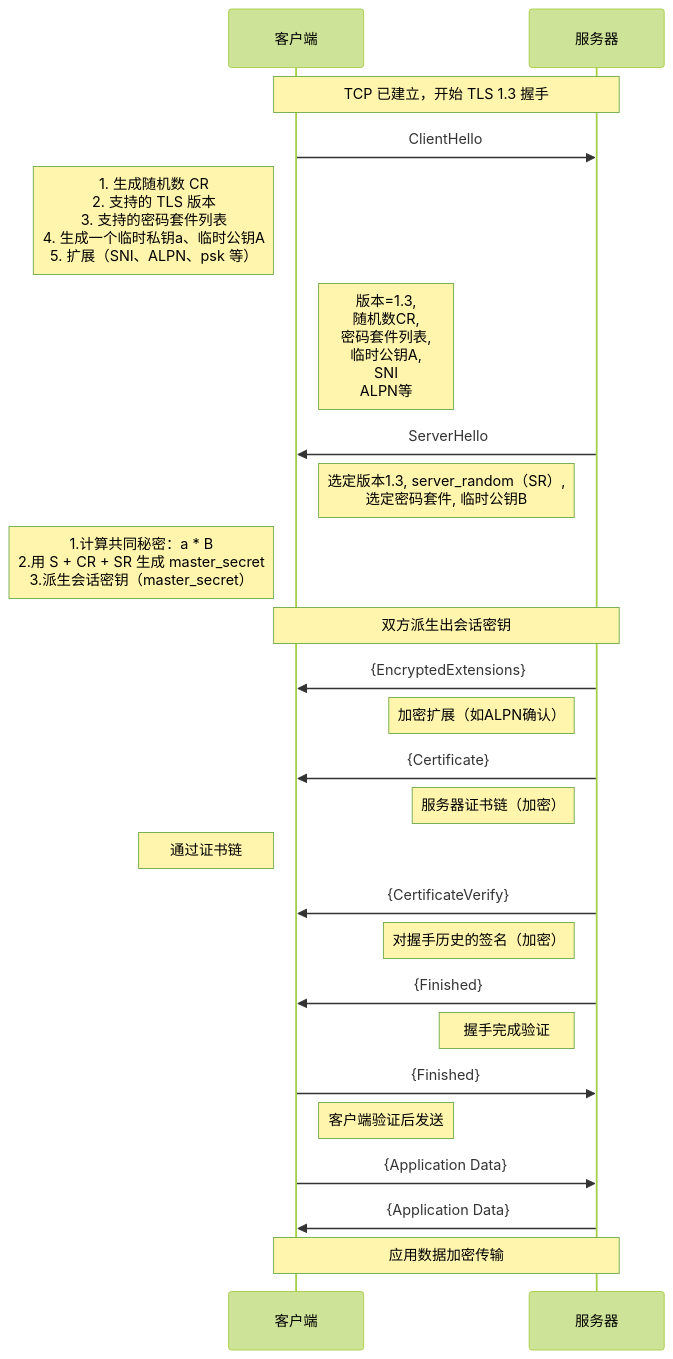
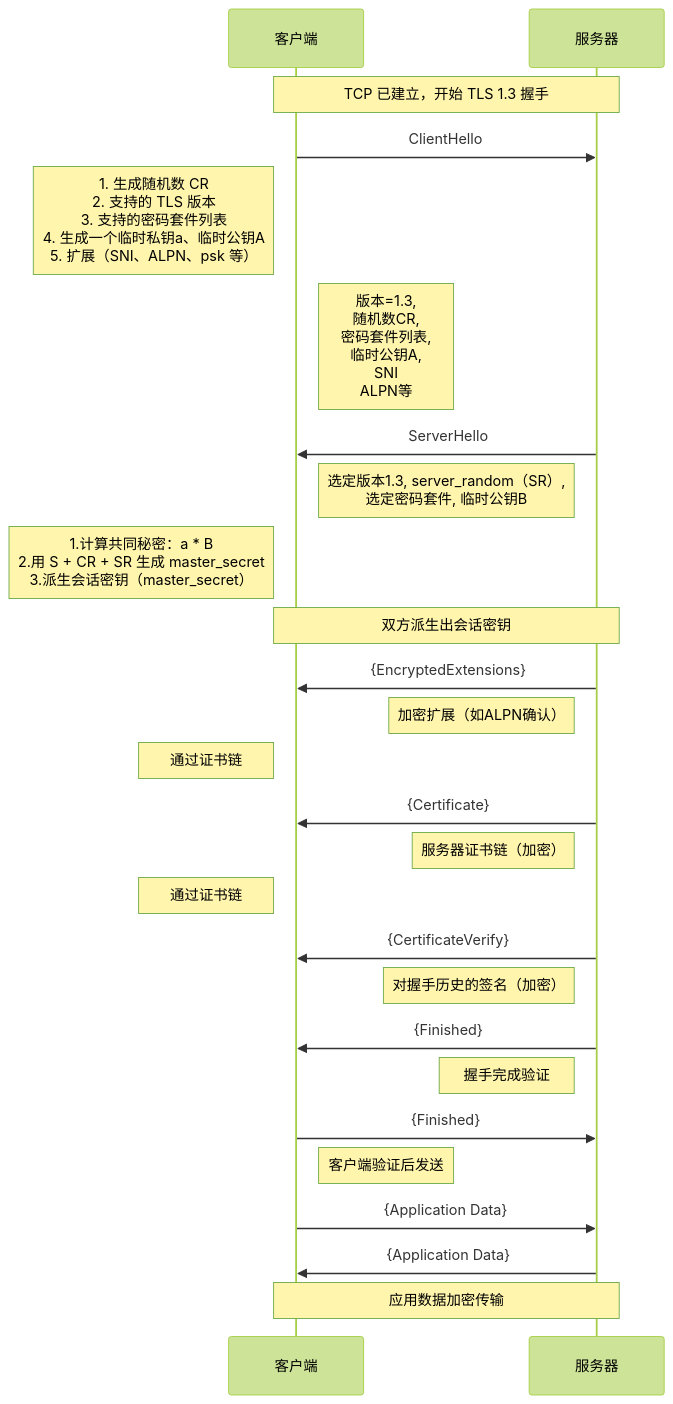
The diagram in all/TLS-1.3-通用.md (HY-10-8/iodraw-files), drawn with Mermaid (forest theme) before and after one commit.

Commit message:
2026-03-30 18:03:36 update

````diff
--- a/all/TLS-1.3-通用.md
+++ b/all/TLS-1.3-通用.md
@@ -1,37 +1,38 @@
 ```mermaid
 sequenceDiagram
     participant C as 客户端
     participant S as 服务器
 
     Note over C,S: TCP 已建立，开始 TLS 1.3 握手
 
     C->>S: ClientHello
     Note left of C: 1. 生成随机数 CR<br/> 2. 支持的 TLS 版本<br/> 3. 支持的密码套件列表<br/> 4. 生成一个临时私钥a、临时公钥A<br/> 5. 扩展（SNI、ALPN、psk 等）
     Note right of C: 版本=1.3,<br/> 随机数CR,<br/> 密码套件列表,<br/> 临时公钥A,<br/> SNI<br/> ALPN等
 
     S->>C: ServerHello
     Note left of S: 选定版本1.3, server_random（SR）,<br/> 选定密码套件, 临时公钥B
     Note left of C: 1.计算共同秘密：a * B<br/> 2.用 S + CR + SR 生成 master_secret<br/> 3.派生会话密钥（master_secret）
 
     Note over C,S: 双方派生出会话密钥
 
     S->>C: {EncryptedExtensions}
     Note left of S: 加密扩展（如ALPN确认）
+    Note left of C: 通过证书链
 
     S->>C: {Certificate}
     Note left of S: 服务器证书链（加密）
     Note left of C: 通过证书链
 
     S->>C: {CertificateVerify}
     Note left of S: 对握手历史的签名（加密）
 
     S->>C: {Finished}
     Note left of S: 握手完成验证
 
     C->>S: {Finished}
     Note right of C: 客户端验证后发送
 
     C->>S: {Application Data}
     S->>C: {Application Data}
     Note over C,S: 应用数据加密传输
 ```
````
